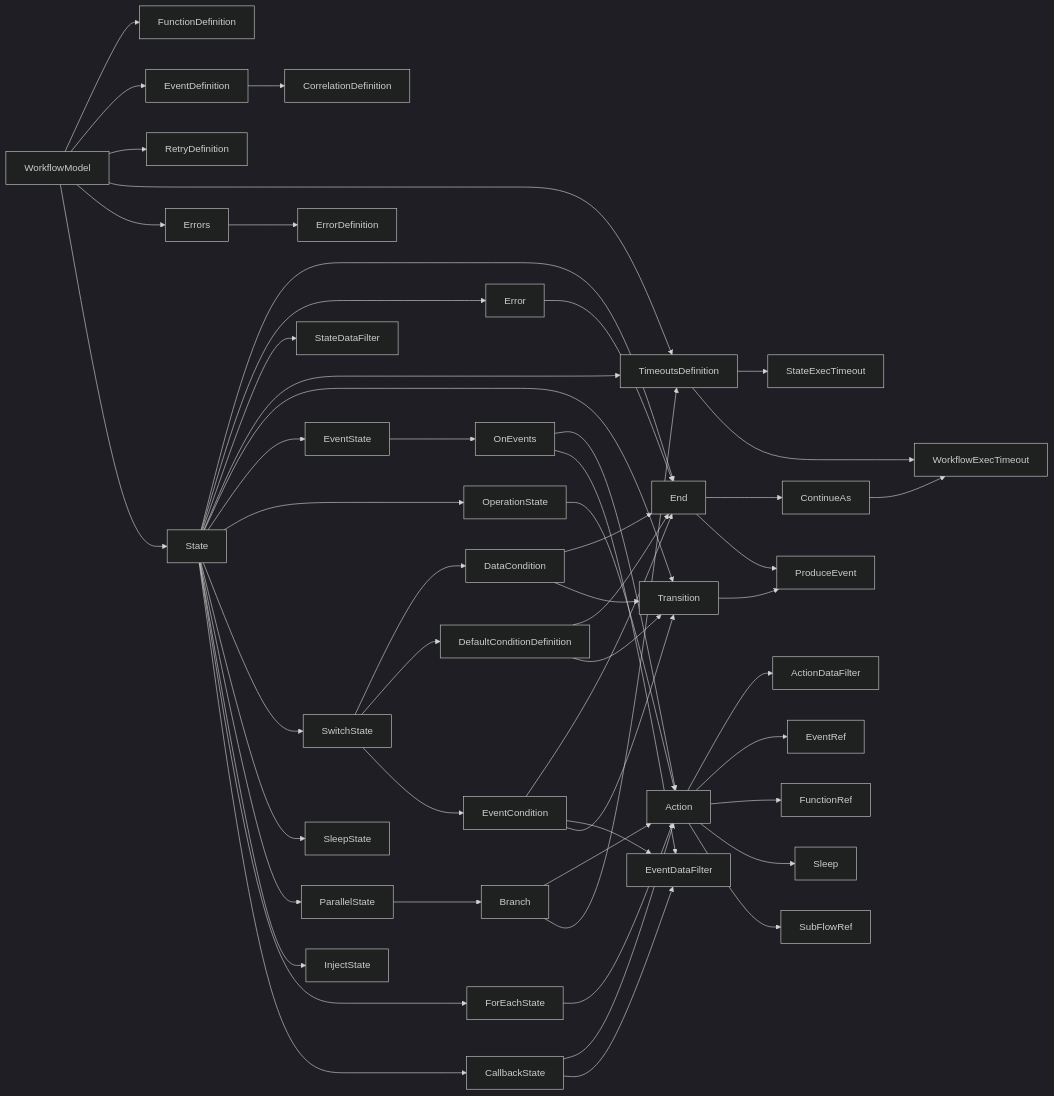
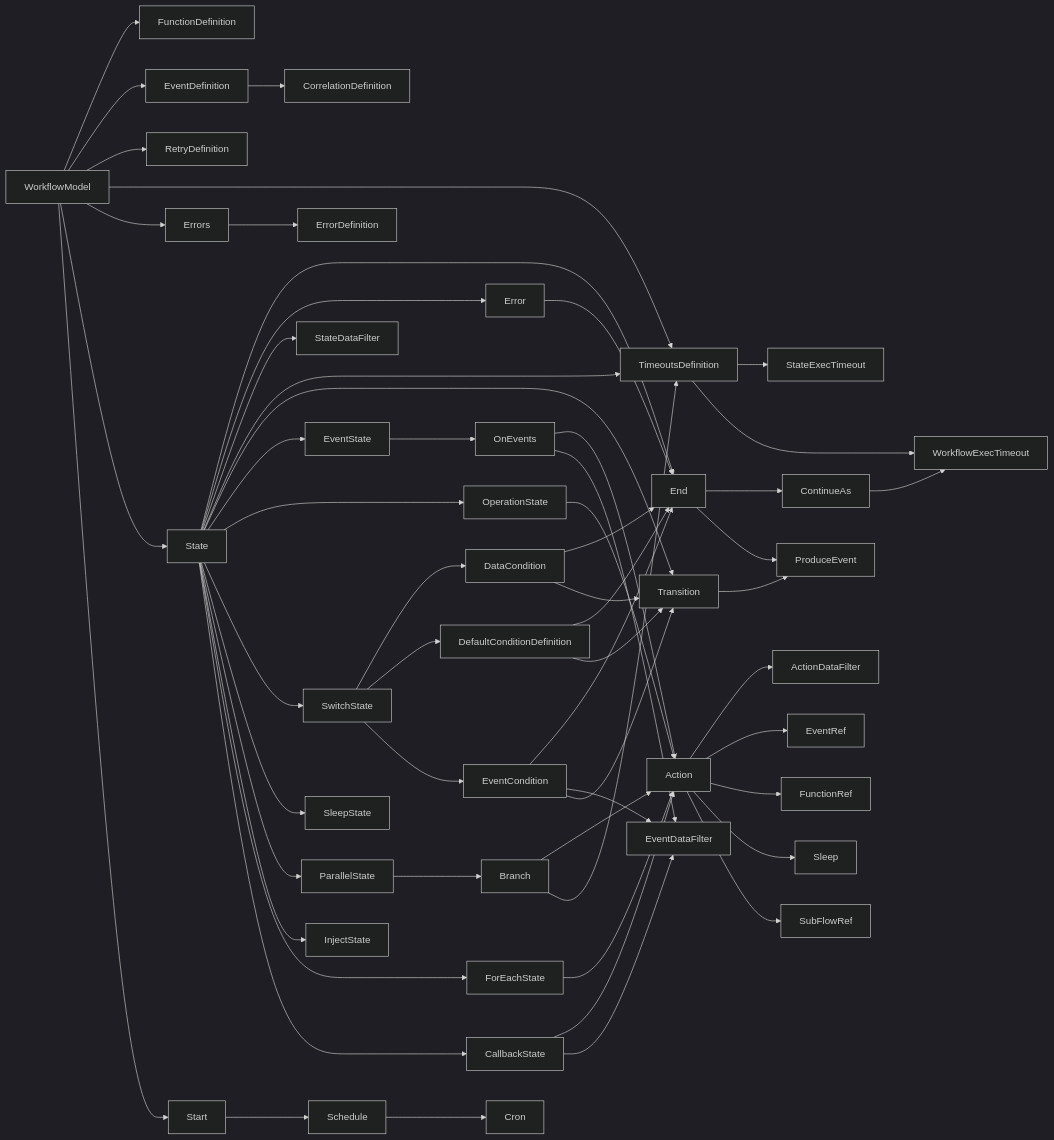
The first of 13 diagrams in diagram.md (hbelmiro/serverless-workflow-validations), drawn with Mermaid (dark theme) before and after one commit. The commit also changed 2 other files, not shown here.

Commit message:
Updated diagram and validations

````diff
--- a/diagram.md
+++ b/diagram.md
@@ -5,77 +5,82 @@
 ```mermaid
   graph LR
   WorkflowModel-->FunctionDefinition
   WorkflowModel-->EventDefinition
   WorkflowModel-->RetryDefinition
   WorkflowModel-->TimeoutsDefinition
   WorkflowModel-->Errors
   WorkflowModel-->State
+  WorkflowModel-->Start
+  
+  Start-->Schedule
+  
+  Schedule-->Cron
   
   EventDefinition-->CorrelationDefinition
   
   TimeoutsDefinition-->StateExecTimeout
   TimeoutsDefinition-->WorkflowExecTimeout
   
   Errors-->ErrorDefinition
   
   State-->End
   State-->Error
   State-->StateDataFilter
   State-->TimeoutsDefinition
   State-->Transition
   
   State-->EventState
   State-->OperationState
   State-->SwitchState
   State-->SleepState
   State-->ParallelState
   State-->InjectState
   State-->ForEachState
   State-->CallbackState
   
   EventState-->OnEvents
   
   OperationState-->Action
   
   SwitchState-->DataCondition
   SwitchState-->DefaultConditionDefinition
   SwitchState-->EventCondition
   
   ParallelState-->Branch
   
   ForEachState-->Action
   
   CallbackState-->Action
   CallbackState-->EventDataFilter
   
   Branch-->Action
   Branch-->TimeoutsDefinition
   
   EventCondition-->End
   EventCondition-->EventDataFilter
   EventCondition-->Transition
   
   DefaultConditionDefinition-->End
   DefaultConditionDefinition-->Transition
   
   DataCondition-->End
   DataCondition-->Transition
   
   OnEvents-->Action
   OnEvents-->EventDataFilter
   
   Action-->ActionDataFilter
   Action-->EventRef
   Action-->FunctionRef
   Action-->Sleep
   Action-->SubFlowRef
   
   Transition-->ProduceEvent
   
   Error-->End
   
   End-->ContinueAs
   End-->ProduceEvent
   
   ContinueAs-->WorkflowExecTimeout
 ```
````
